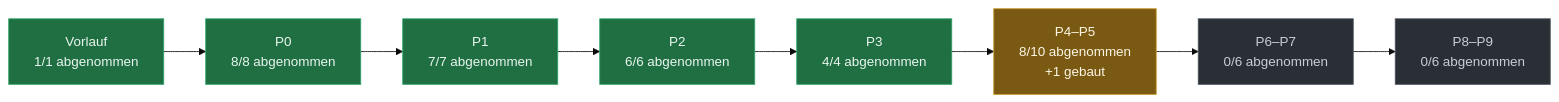
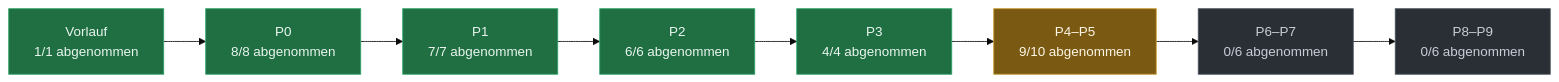
Before and after one commit to evenacadia-tech/Nakama: the diagram in docs/PLAN-STAND.md, drawn with Mermaid (base theme). The commit also changed other lines of this file, not shown here.

````diff
--- a/docs/PLAN-STAND.md
+++ b/docs/PLAN-STAND.md
@@ -37,21 +35,21 @@
 ```mermaid
 flowchart LR
   P0["Vorlauf<br/>1/1 abgenommen"]:::fertig
   P1["P0<br/>8/8 abgenommen"]:::fertig
   P0 --> P1
   P2["P1<br/>7/7 abgenommen"]:::fertig
   P1 --> P2
   P3["P2<br/>6/6 abgenommen"]:::fertig
   P2 --> P3
   P4["P3<br/>4/4 abgenommen"]:::fertig
   P3 --> P4
-  P5["P4–P5<br/>8/10 abgenommen<br/>+1 gebaut"]:::laeuft
+  P5["P4–P5<br/>9/10 abgenommen"]:::laeuft
   P4 --> P5
   P6["P6–P7<br/>0/6 abgenommen"]:::offen
   P5 --> P6
   P7["P8–P9<br/>0/6 abgenommen"]:::offen
   P6 --> P7
   classDef fertig fill:#1f6f43,stroke:#2ea36a,color:#eaf6ef
   classDef laeuft fill:#7a5a12,stroke:#c99a2e,color:#fdf6e6
   classDef offen  fill:#2a2f36,stroke:#4a525c,color:#c7ced8
 ```
````
